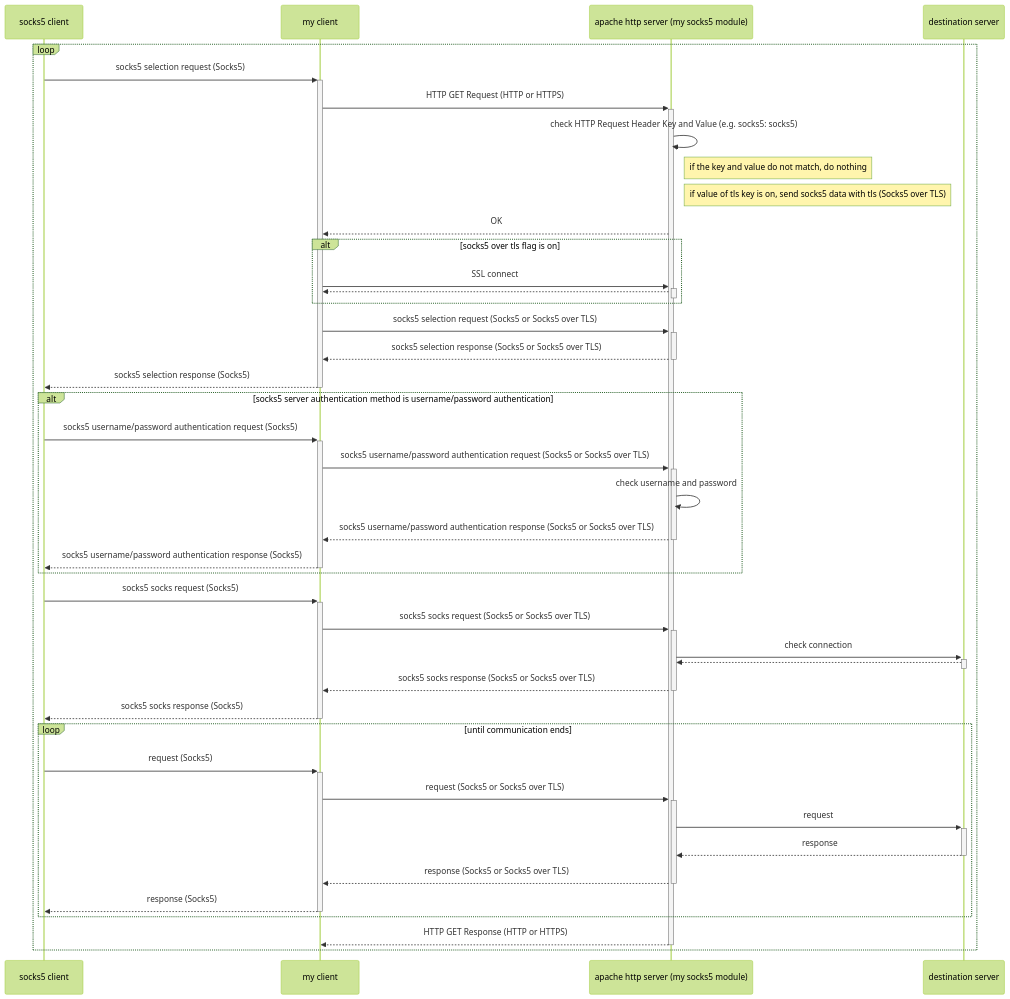
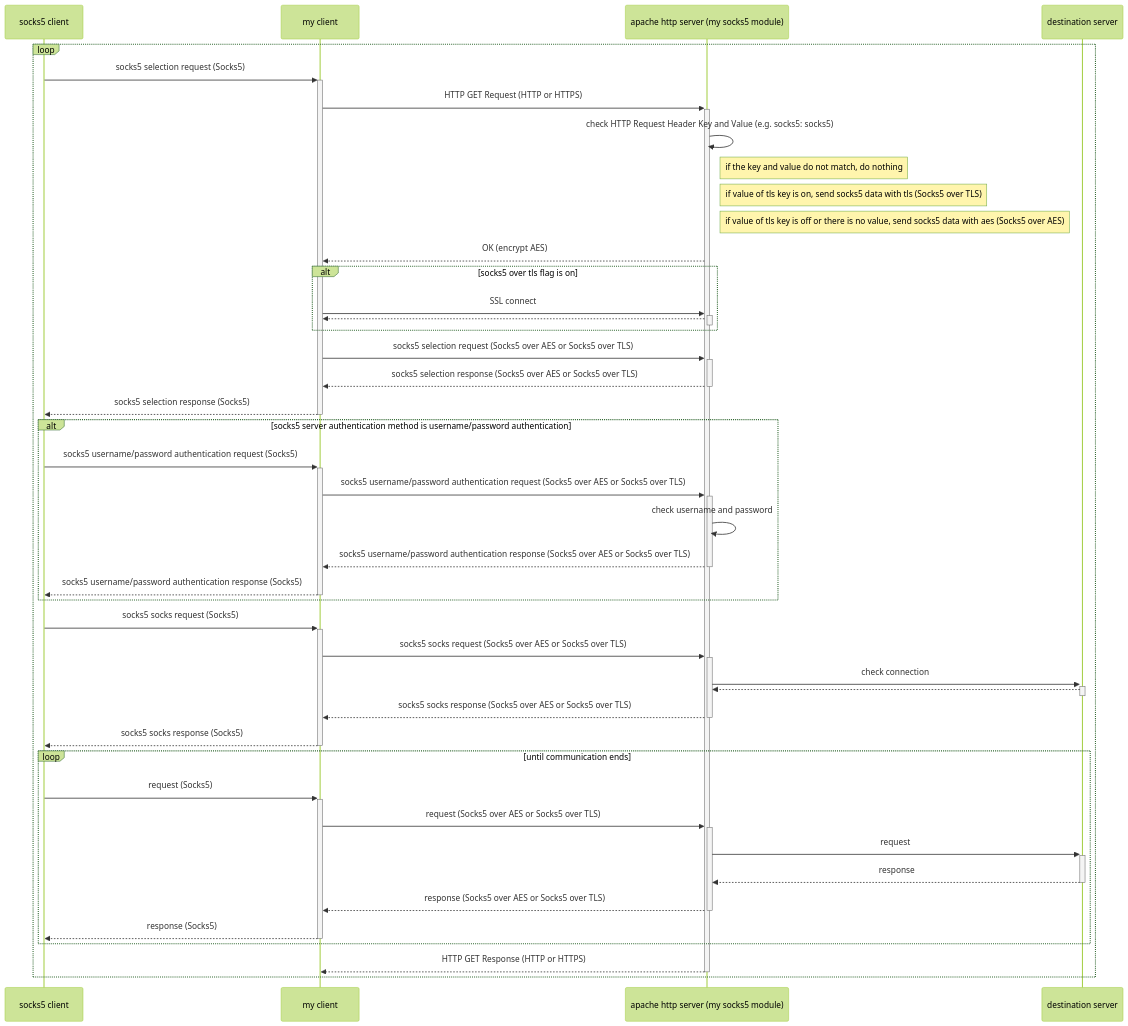
One commit to shuichiro-endo/socks5-apache-module changed the diagram in README.md. Above: the diagram before and after it, drawn with Mermaid (forest theme). The commit also changed other lines of this file and 4 other files, not shown here.

Commit message:
add socks5 over aes

````diff
--- a/README.md
+++ b/README.md
@@ -9,44 +9,45 @@
 ```mermaid
 sequenceDiagram
     participant A as socks5 client
     participant B as my client
     participant C as apache http server (my socks5 module)
     participant D as destination server
     loop 
         A->>+B: socks5 selection request (Socks5)
         B->>+C: HTTP GET Request (HTTP or HTTPS)
         C->>C: check HTTP Request Header Key and Value (e.g. socks5: socks5)
         note right of C: if the key and value do not match, do nothing
         note right of C: if value of tls key is on, send socks5 data with tls (Socks5 over TLS)
-        C-->>B: OK
+        note right of C: if value of tls key is off or there is no value, send socks5 data with aes (Socks5 over AES)
+        C-->>B: OK (encrypt AES)
         alt socks5 over tls flag is on
         B->>+C: SSL connect
         C-->>-B: 
         end
-        B->>+C: socks5 selection request (Socks5 or Socks5 over TLS)
-        C-->>-B: socks5 selection response (Socks5 or Socks5 over TLS)
+        B->>+C: socks5 selection request (Socks5 over AES or Socks5 over TLS)
+        C-->>-B: socks5 selection response (Socks5 over AES or Socks5 over TLS)
         B-->>-A: socks5 selection response (Socks5)
         alt socks5 server authentication method is username/password authentication
         A->>+B: socks5 username/password authentication request (Socks5)
-        B->>+C: socks5 username/password authentication request (Socks5 or Socks5 over TLS)
+        B->>+C: socks5 username/password authentication request (Socks5 over AES or Socks5 over TLS)
         C->>C: check username and password
-        C-->>-B: socks5 username/password authentication response (Socks5 or Socks5 over TLS)
+        C-->>-B: socks5 username/password authentication response (Socks5 over AES or Socks5 over TLS)
         B-->>-A: socks5 username/password authentication response (Socks5)
         end
         A->>+B: socks5 socks request (Socks5)
-        B->>+C: socks5 socks request (Socks5 or Socks5 over TLS)
+        B->>+C: socks5 socks request (Socks5 over AES or Socks5 over TLS)
         C->>+D: check connection
         D-->>-C:  
-        C-->>-B: socks5 socks response (Socks5 or Socks5 over TLS)
+        C-->>-B: socks5 socks response (Socks5 over AES or Socks5 over TLS)
         B-->>-A: socks5 socks response (Socks5)
         loop until communication ends
             A->>+B: request (Socks5)
-            B->>+C: request (Socks5 or Socks5 over TLS)
+            B->>+C: request (Socks5 over AES or Socks5 over TLS)
             C->>+D: request
             D-->>-C: response
-            C-->>-B: response (Socks5 or Socks5 over TLS)
+            C-->>-B: response (Socks5 over AES or Socks5 over TLS)
             B-->>-A: response (Socks5)
         end
         C-->>-B: HTTP GET Response (HTTP or HTTPS)
     end
 ```
````
